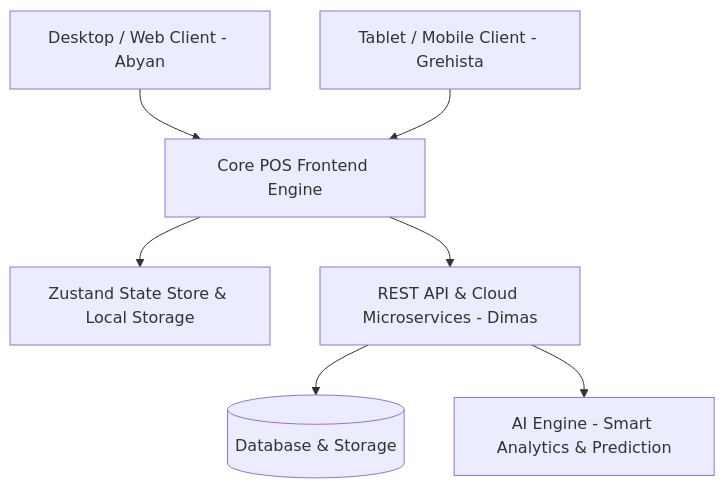
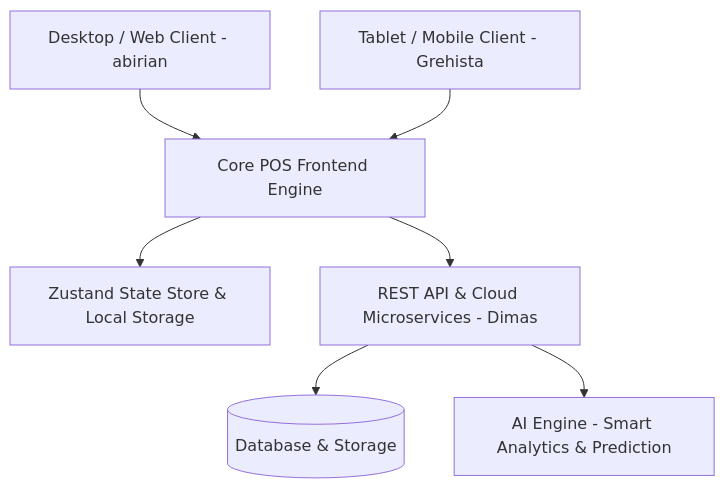
One commit to abyryn/frontend-pos-kasir changed the diagram in README.md. Above: the diagram before and after it, drawn with Mermaid. The commit also changed other lines of this file, not shown here.

````diff
--- a/README.md
+++ b/README.md
@@ -60,9 +60,9 @@
 ```mermaid
 graph TD
-    A[Desktop / Web Client - Abyan] --> D[Core POS Frontend Engine]
+    A[Desktop / Web Client - abirian] --> D[Core POS Frontend Engine]
     B[Tablet / Mobile Client - Grehista] --> D
     D --> E[Zustand State Store & Local Storage]
     D --> F[REST API & Cloud Microservices - Dimas]
     F --> G[(Database & Storage)]
     F --> H[AI Engine - Smart Analytics & Prediction]
 ```
````
